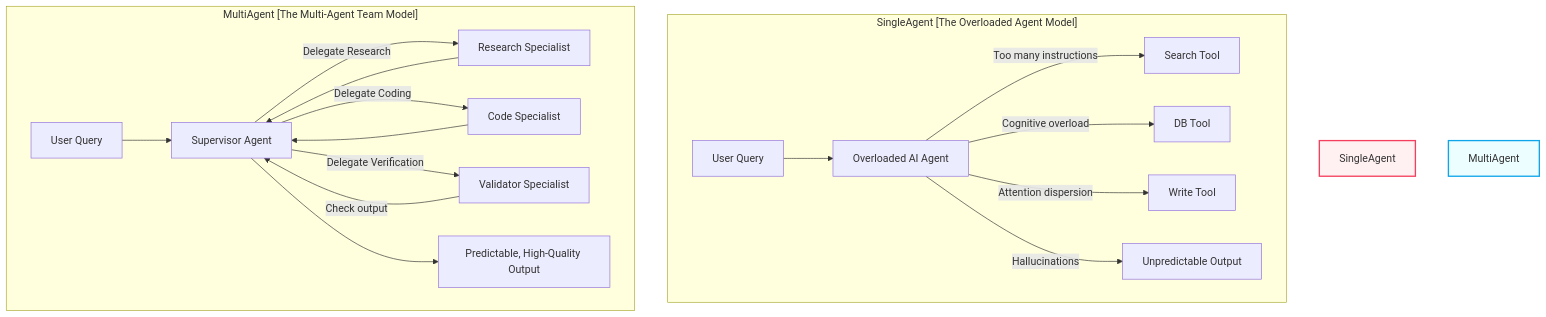
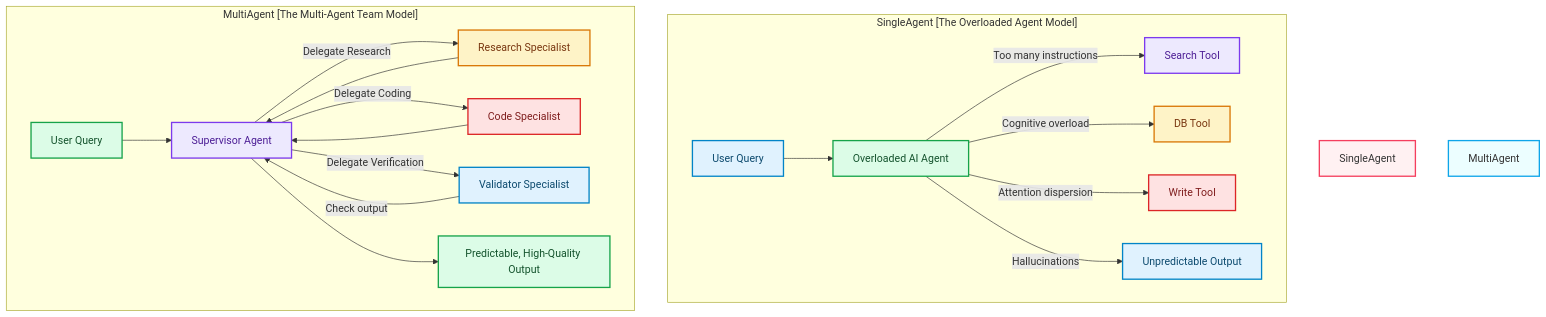
The diagram in blog/posts/multi-agent-buzzword-to-architecture.md (akmalkhaniub/akmalkhaniub.github.io), drawn with Mermaid before and after one commit. The commit also changed other lines of this file and 1291 other files, not shown here.

First line of the commit message:
feat(catalog): unique covers, scholarly references, and diagram palettes

````diff
--- a/blog/posts/multi-agent-buzzword-to-architecture.md
+++ b/blog/posts/multi-agent-buzzword-to-architecture.md
@@ -45,25 +45,36 @@
 ```mermaid
 flowchart TD
     subgraph SG1_SingleagentTheOverloaded ["SingleAgent [The Overloaded Agent Model]"]
-        U1[User Query] --> Agent[Overloaded AI Agent]
-        Agent -->|Too many instructions| Tool1[Search Tool]
-        Agent -->|Cognitive overload| Tool2[DB Tool]
-        Agent -->|Attention dispersion| Tool3[Write Tool]
-        Agent -->|Hallucinations| Out1[Unpredictable Output]
+        U1["User Query"] --> Agent["Overloaded AI Agent"]
+        Agent -->|Too many instructions| Tool1["Search Tool"]
+        Agent -->|Cognitive overload| Tool2["DB Tool"]
+        Agent -->|Attention dispersion| Tool3["Write Tool"]
+        Agent -->|Hallucinations| Out1["Unpredictable Output"]
     end
 
     subgraph SG2_MultiagentTheMulti ["MultiAgent [The Multi-Agent Team Model]"]
-        U2[User Query] --> Supervisor[Supervisor Agent]
-        Supervisor -->|Delegate Research| Researcher[Research Specialist]
-        Supervisor -->|Delegate Coding| Coder[Code Specialist]
-        Supervisor -->|Delegate Verification| Validator[Validator Specialist]
+        U2["User Query"] --> Supervisor["Supervisor Agent"]
+        Supervisor -->|Delegate Research| Researcher["Research Specialist"]
+        Supervisor -->|Delegate Coding| Coder["Code Specialist"]
+        Supervisor -->|Delegate Verification| Validator["Validator Specialist"]
         
         Researcher --> Supervisor
         Coder --> Supervisor
         Validator -->|Check output| Supervisor
-        Supervisor --> Out2[Predictable, High-Quality Output]
+        Supervisor --> Out2["Predictable, High-Quality Output"]
     end
 
     style SingleAgent fill:#fff1f2,stroke:#f43f5e,stroke-width:2px
     style MultiAgent fill:#ecfeff,stroke:#0ea5e9,stroke-width:2px
+
+classDef green fill:#dcfce7,stroke:#16a34a,stroke-width:2px,color:#14532d;
+classDef red fill:#fee2e2,stroke:#dc2626,stroke-width:2px,color:#7f1d1d;
+classDef blue fill:#e0f2fe,stroke:#0284c7,stroke-width:2px,color:#0c4a6e;
+classDef yellow fill:#fef3c7,stroke:#d97706,stroke-width:2px,color:#78350f;
+classDef purple fill:#ede9fe,stroke:#7c3aed,stroke-width:2px,color:#4c1d95;
+class U1,Out1,Validator blue
+class Agent,U2,Out2 green
+class Tool1,Supervisor purple
+class Tool2,Researcher yellow
+class Tool3,Coder red
 ```
````
